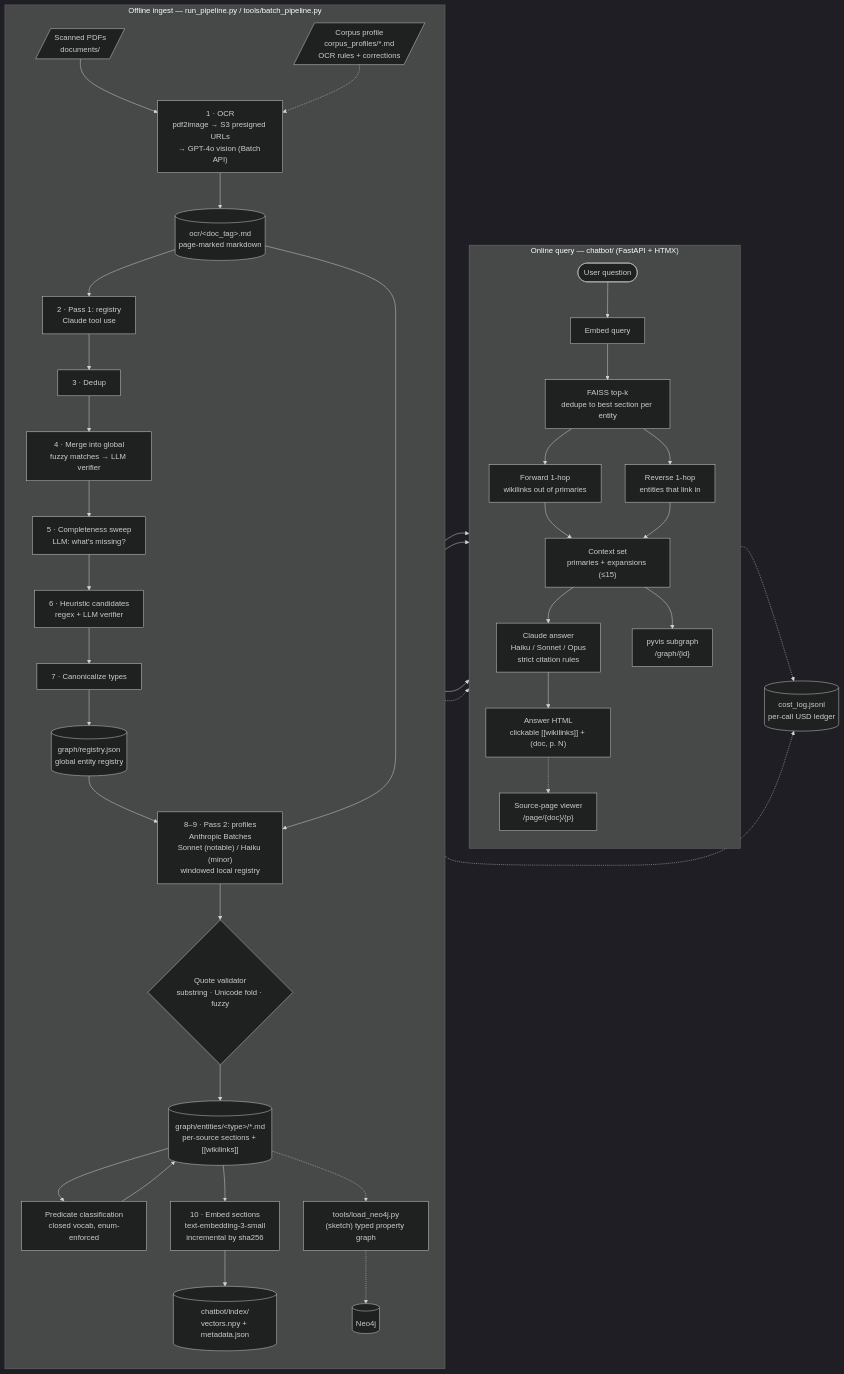
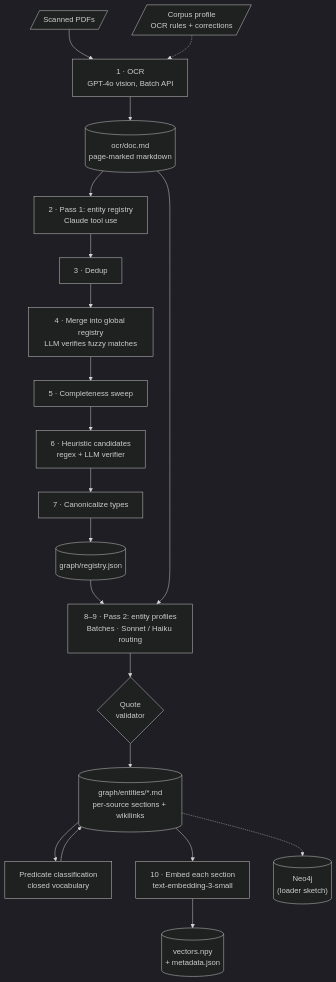
Before and after one commit to camille-ryan/planescapeRAG: the first of 2 diagrams in README.md, drawn with Mermaid (dark theme). The commit also changed other lines of this file, not shown here.

Commit message:
Split README architecture diagram into two readable vertical diagrams
The single left-to-right diagram was scaled down to fit GitHub's
content column and was unreadable. Split into an ingest diagram and a
query diagram, both top-down, with shorter node labels.

````diff
--- a/README.md
+++ b/README.md
@@ -18,47 +22,22 @@
 ```mermaid
-flowchart LR
-    subgraph INGEST["Offline ingest &mdash; run_pipeline.py / tools/batch_pipeline.py"]
-        direction TB
-        PDF[/"Scanned PDFs<br/>documents/"/] --> OCR["1 &middot; OCR<br/>pdf2image &rarr; S3 presigned URLs<br/>&rarr; GPT-4o vision (Batch API)"]
-        PROFILE[/"Corpus profile<br/>corpus_profiles/*.md<br/>OCR rules + corrections"/] -.-> OCR
-        OCR --> MD[("ocr/&lt;doc_tag&gt;.md<br/>page-marked markdown")]
-        MD --> P1["2 &middot; Pass 1: registry<br/>Claude tool use"]
-        P1 --> DEDUP["3 &middot; Dedup"] --> MERGE["4 &middot; Merge into global<br/>fuzzy matches &rarr; LLM verifier"]
-        MERGE --> SWEEP["5 &middot; Completeness sweep<br/>LLM: what's missing?"]
-        SWEEP --> HEUR["6 &middot; Heuristic candidates<br/>regex + LLM verifier"]
-        HEUR --> CANON["7 &middot; Canonicalize types"]
-        CANON --> REG[("graph/registry.json<br/>global entity registry")]
-        REG --> P2["8&ndash;9 &middot; Pass 2: profiles<br/>Anthropic Batches<br/>Sonnet (notable) / Haiku (minor)<br/>windowed local registry"]
-        MD --> P2
-        P2 --> VAL{"Quote validator<br/>substring &middot; Unicode fold &middot; fuzzy"}
-        VAL --> ENT[("graph/entities/&lt;type&gt;/*.md<br/>per-source sections + [[wikilinks]]")]
-        ENT --> PRED["Predicate classification<br/>closed vocab, enum-enforced"]
-        PRED --> ENT
-        ENT --> EMB["10 &middot; Embed sections<br/>text-embedding-3-small<br/>incremental by sha256"]
-        EMB --> IDX[("chatbot/index/<br/>vectors.npy + metadata.json")]
-        ENT -.-> NEO["tools/load_neo4j.py<br/>(sketch) typed property graph"]
-        NEO -.-> NEODB[("Neo4j")]
-    end
-
-    subgraph QUERY["Online query &mdash; chatbot/ (FastAPI + HTMX)"]
-        direction TB
-        Q(["User question"]) --> QE["Embed query"]
-        QE --> KNN["FAISS top-k<br/>dedupe to best section per entity"]
-        KNN --> FWD["Forward 1-hop<br/>wikilinks out of primaries"]
-        KNN --> REV["Reverse 1-hop<br/>entities that link in"]
-        FWD --> CTX["Context set<br/>primaries + expansions (&le;15)"]
-        REV --> CTX
-        CTX --> LLM["Claude answer<br/>Haiku / Sonnet / Opus<br/>strict citation rules"]
-        LLM --> UI["Answer HTML<br/>clickable [[wikilinks]] + (doc, p. N)"]
-        CTX --> VIS["pyvis subgraph<br/>/graph/{id}"]
-        UI -.-> PAGE["Source-page viewer<br/>/page/{doc}/{p}"]
-    end
-
-    IDX --> KNN
-    ENT --> FWD
-    ENT --> REV
-    PDF -.-> PAGE
-    COST[("cost_log.jsonl<br/>per-call USD ledger")]
-    INGEST -.-> COST
-    LLM -.-> COST
+flowchart TB
+    PDF[/"Scanned PDFs"/] --> OCR["1 · OCR<br/>GPT-4o vision, Batch API"]
+    PROF[/"Corpus profile<br/>OCR rules + corrections"/] -.-> OCR
+    OCR --> MD[("ocr/doc.md<br/>page-marked markdown")]
+    MD --> P1["2 · Pass 1: entity registry<br/>Claude tool use"]
+    P1 --> DD["3 · Dedup"]
+    DD --> MG["4 · Merge into global registry<br/>LLM verifies fuzzy matches"]
+    MG --> SW["5 · Completeness sweep"]
+    SW --> HE["6 · Heuristic candidates<br/>regex + LLM verifier"]
+    HE --> CA["7 · Canonicalize types"]
+    CA --> REG[("graph/registry.json")]
+    REG --> P2["8–9 · Pass 2: entity profiles<br/>Batches · Sonnet / Haiku routing"]
+    MD --> P2
+    P2 --> VAL{"Quote<br/>validator"}
+    VAL --> ENT[("graph/entities/*.md<br/>per-source sections + wikilinks")]
+    ENT --> PR["Predicate classification<br/>closed vocabulary"]
+    PR --> ENT
+    ENT --> EM["10 · Embed each section<br/>text-embedding-3-small"]
+    EM --> IDX[("vectors.npy<br/>+ metadata.json")]
+    ENT -.-> NEO[("Neo4j<br/>(loader sketch)")]
 ```
````
